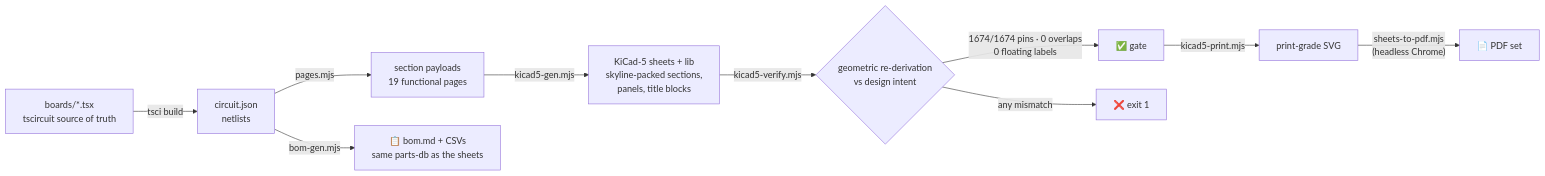
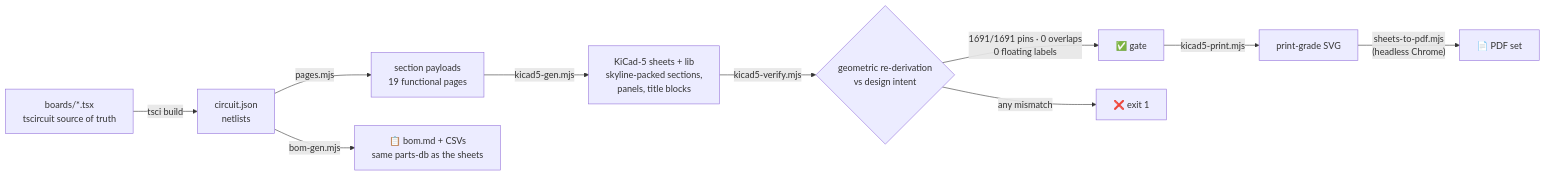
Before and after one commit to vectivolt/Traction-Inverter-GEN-1: the eighth of 9 diagrams in README.md, drawn with Mermaid. The commit also changed other lines of this file and 26 other files, not shown here.

````diff
--- a/README.md
+++ b/README.md
@@ -432,12 +432,12 @@
 ```mermaid
 flowchart LR
   TSX["boards/*.tsx<br/>tscircuit source of truth"] -->|tsci build| CJ["circuit.json<br/>netlists"]
   CJ -->|pages.mjs| PG["section payloads<br/>19 functional pages"]
   PG -->|kicad5-gen.mjs| SCH["KiCad-5 sheets + lib<br/>skyline-packed sections,<br/>panels, title blocks"]
   SCH -->|kicad5-verify.mjs| V{"geometric re-derivation<br/>vs design intent"}
-  V -->|"1674/1674 pins · 0 overlaps<br/>0 floating labels"| OK["✅ gate"]
+  V -->|"1691/1691 pins · 0 overlaps<br/>0 floating labels"| OK["✅ gate"]
   V -->|any mismatch| FAIL["❌ exit 1"]
   OK -->|kicad5-print.mjs| SVG["print-grade SVG"]
   SVG -->|"sheets-to-pdf.mjs<br/>(headless Chrome)"| PDF["📄 PDF set"]
   CJ -->|bom-gen.mjs| BOM["📋 bom.md + CSVs<br/>same parts-db as the sheets"]
 ```
````
